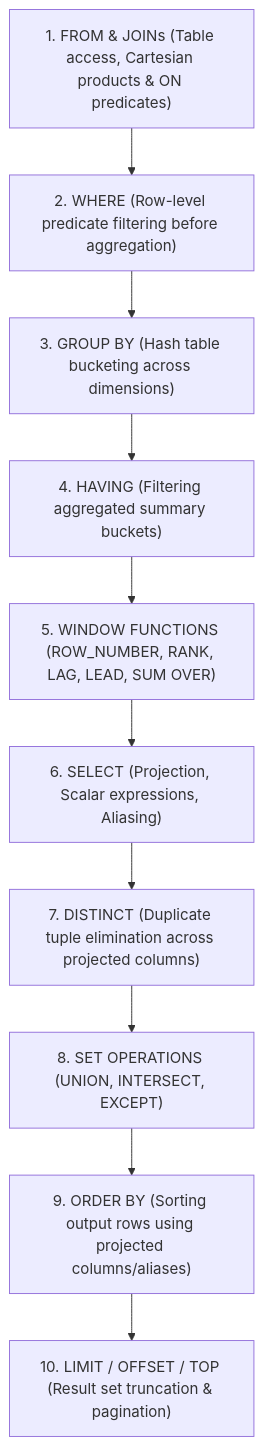
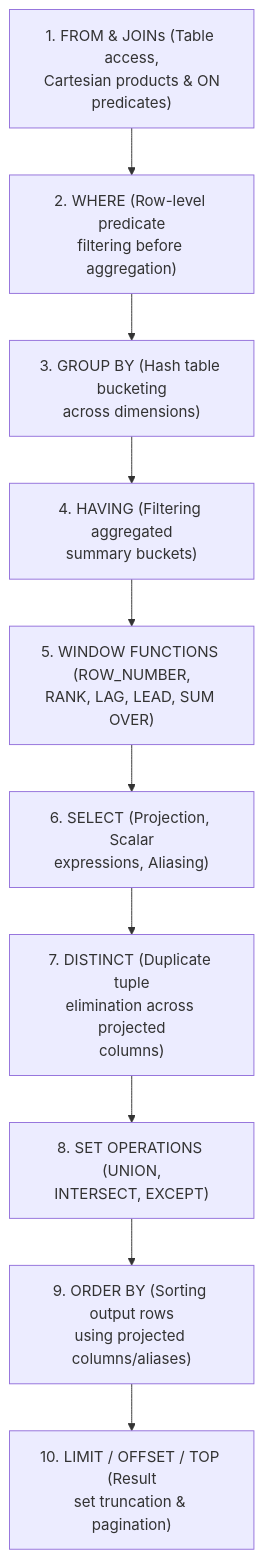
One commit to santoshjammi29/sql-handbook changed the first of 6 diagrams in README.md. Above: the diagram before and after it, drawn with Mermaid. The commit also changed other lines of this file and 17 other files, not shown here.

Commit message:
fix(diagrams): word-wrap labels and escape comparison operators across all diagrams

````diff
--- a/README.md
+++ b/README.md
@@ -98,12 +98,12 @@
 ```mermaid
 flowchart TD
-    Step1["1. FROM & JOINs (Table access, Cartesian products & ON predicates)"] --> Step2["2. WHERE (Row-level predicate filtering before aggregation)"]
-    Step2 --> Step3["3. GROUP BY (Hash table bucketing across dimensions)"]
-    Step3 --> Step4["4. HAVING (Filtering aggregated summary buckets)"]
-    Step4 --> Step5["5. WINDOW FUNCTIONS (ROW_NUMBER, RANK, LAG, LEAD, SUM OVER)"]
-    Step5 --> Step6["6. SELECT (Projection, Scalar expressions, Aliasing)"]
-    Step6 --> Step7["7. DISTINCT (Duplicate tuple elimination across projected columns)"]
-    Step7 --> Step8["8. SET OPERATIONS (UNION, INTERSECT, EXCEPT)"]
-    Step8 --> Step9["9. ORDER BY (Sorting output rows using projected columns/aliases)"]
-    Step9 --> Step10["10. LIMIT / OFFSET / TOP (Result set truncation & pagination)"]
+    Step1["1. FROM & JOINs (Table access,<br/>Cartesian products & ON<br/>predicates)"] --> Step2["2. WHERE (Row-level predicate<br/>filtering before aggregation)"]
+    Step2 --> Step3["3. GROUP BY (Hash table bucketing<br/>across dimensions)"]
+    Step3 --> Step4["4. HAVING (Filtering aggregated<br/>summary buckets)"]
+    Step4 --> Step5["5. WINDOW FUNCTIONS (ROW_NUMBER,<br/>RANK, LAG, LEAD, SUM OVER)"]
+    Step5 --> Step6["6. SELECT (Projection, Scalar<br/>expressions, Aliasing)"]
+    Step6 --> Step7["7. DISTINCT (Duplicate tuple<br/>elimination across projected<br/>columns)"]
+    Step7 --> Step8["8. SET OPERATIONS (UNION,<br/>INTERSECT, EXCEPT)"]
+    Step8 --> Step9["9. ORDER BY (Sorting output rows<br/>using projected columns/aliases)"]
+    Step9 --> Step10["10. LIMIT / OFFSET / TOP (Result<br/>set truncation & pagination)"]
 ```
````
